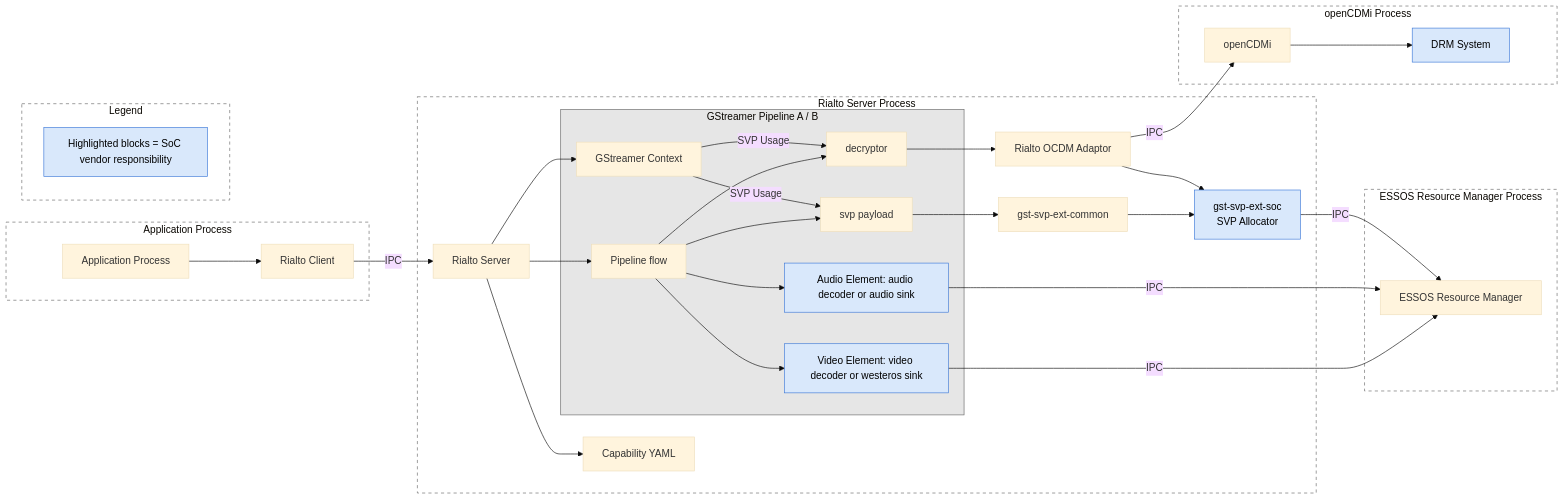
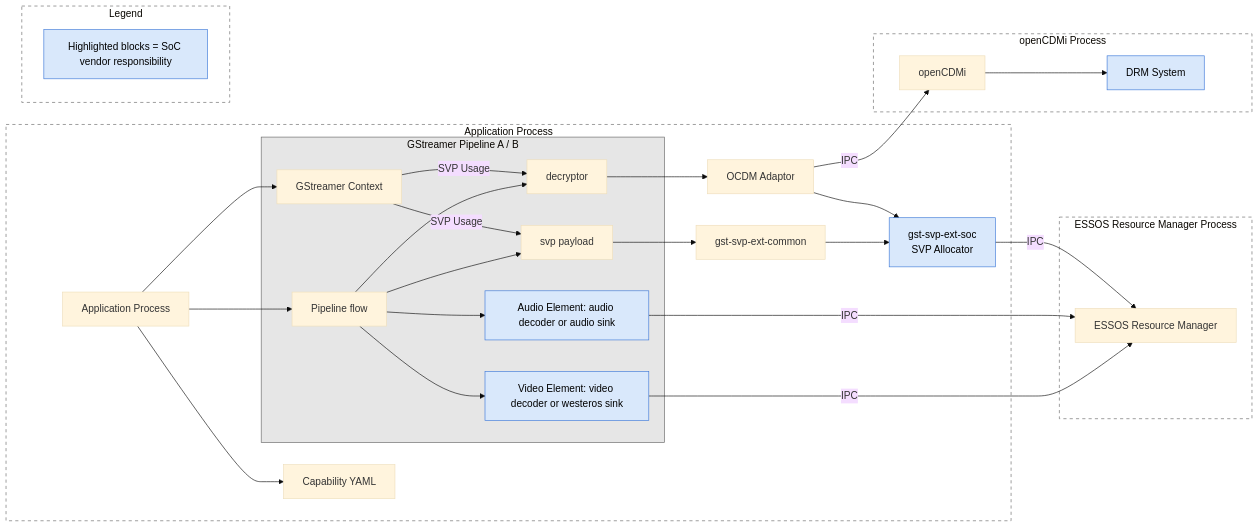
One commit to rdkcentral/rdk-hpk-documentation changed the first of 4 diagrams in doc/SPECIFICATION-dual-decode-legacy-av-hal-extension.md. Above: the diagram before and after it, drawn with Mermaid (base theme). The commit also changed other lines of this file, not shown here.

````diff
--- a/doc/SPECIFICATION-dual-decode-legacy-av-hal-extension.md
+++ b/doc/SPECIFICATION-dual-decode-legacy-av-hal-extension.md
@@ -57,64 +57,58 @@
 ```mermaid
 graph LR
-    subgraph AP[Application Process]
-        App[Application Process] --> RC[Rialto Client]
-    end
-
-    subgraph RSP[Rialto Server Process]
-        RS[Rialto Server]
+    subgraph APP[Application Process]
+        App[Application Process]
         subgraph GSTP[GStreamer Pipeline A / B]
             GST[Pipeline flow]
             Ctx[GStreamer Context]
             DEC[decryptor]
             SVPP[svp payload]
             VARB["Video Element: video decoder or westeros sink"]
             AARB["Audio Element: audio decoder or audio sink"]
         end
-        RS --> GST
+        App --> GST
         GST --> DEC
         GST --> SVPP
         GST --> VARB
         GST --> AARB
-        RS --> Ctx
+        App --> Ctx
         Ctx -->|SVP Usage| DEC
         Ctx -->|SVP Usage| SVPP
-        RS --> YAML[Capability YAML]
-        DEC --> OCDM[Rialto OCDM Adaptor]
+        App --> YAML[Capability YAML]
+        DEC --> OCDM[OCDM Adaptor]
         SVPP --> SVPC[gst-svp-ext-common]
         SVPC --> SVPE[gst-svp-ext-soc<br/>SVP Allocator]
         OCDM --> SVPE
     end
 
     subgraph OCP[openCDMi Process]
         OPENCDM[openCDMi]
         DRM[DRM System]
     end
 
     subgraph LEG[Legend]
         LRESP[Highlighted blocks = SoC vendor responsibility]
     end
 
     OCDM -->|IPC| OPENCDM
     OPENCDM --> DRM
 
     subgraph RMP[ESSOS Resource Manager Process]
         RM[ESSOS Resource Manager]
     end
 
-    RC -->|IPC| RS
     VARB -->|IPC| RM
     AARB -->|IPC| RM
     SVPE -->|IPC| RM
 
-    style AP fill:none,stroke:#666,stroke-width:1px,stroke-dasharray: 5 5
-    style RSP fill:none,stroke:#666,stroke-width:1px,stroke-dasharray: 5 5
+    style APP fill:none,stroke:#666,stroke-width:1px,stroke-dasharray: 5 5
     style GSTP fill:#e6e6e6,stroke:#666,stroke-width:1px
     style LEG fill:none,stroke:#666,stroke-width:1px,stroke-dasharray: 5 5
     style OCP fill:none,stroke:#666,stroke-width:1px,stroke-dasharray: 5 5
     style RMP fill:none,stroke:#666,stroke-width:1px,stroke-dasharray: 5 5
     style VARB fill:#d9e8fb,stroke:#3c78d8,stroke-width:1px,color:#000
     style AARB fill:#d9e8fb,stroke:#3c78d8,stroke-width:1px,color:#000
     style SVPE fill:#d9e8fb,stroke:#3c78d8,stroke-width:1px,color:#000
     style DRM fill:#d9e8fb,stroke:#3c78d8,stroke-width:1px,color:#000
     style LRESP fill:#d9e8fb,stroke:#3c78d8,stroke-width:1px,color:#000
 ```
````
